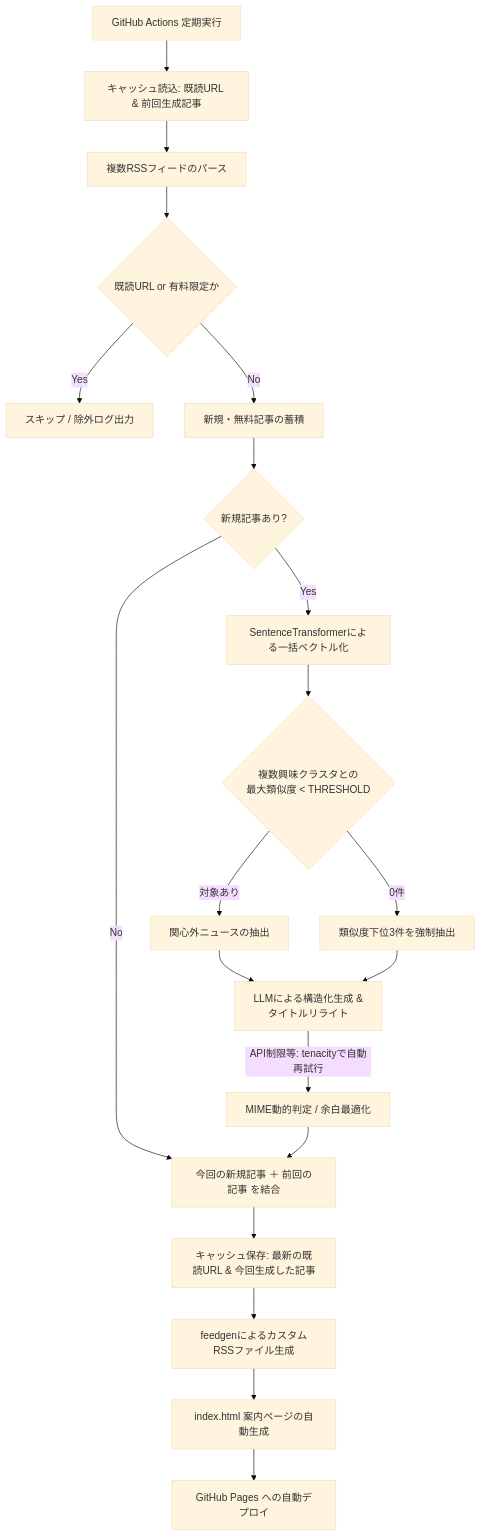
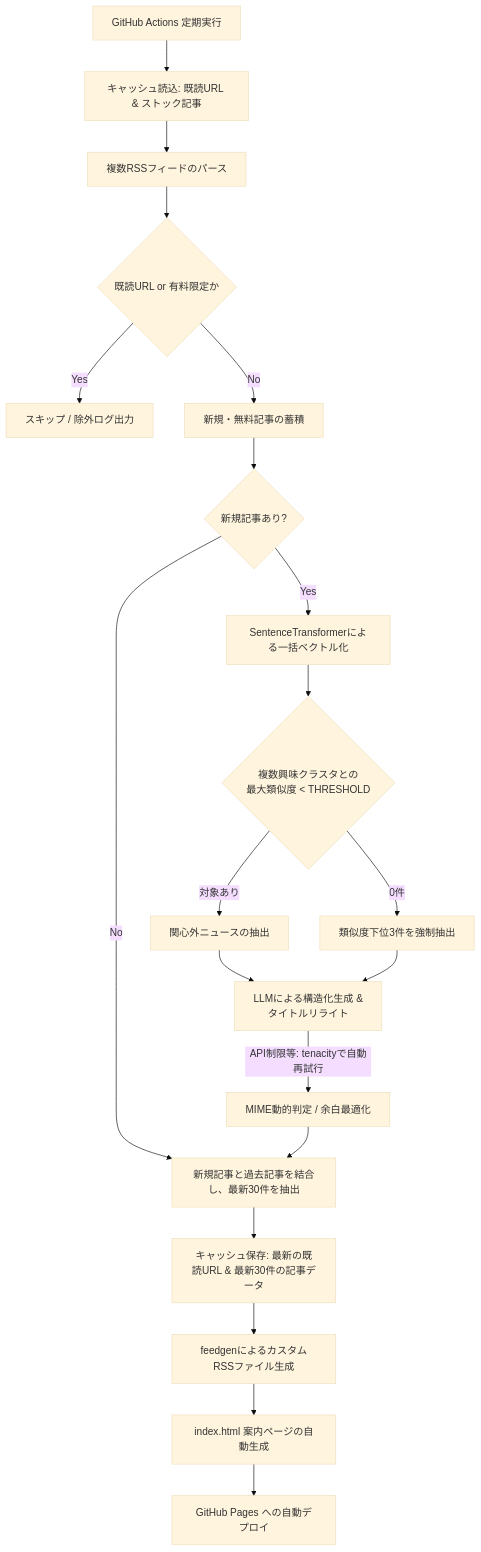
One commit to ph-cookie/rss-sentiment-arbitrage changed the diagram in README.md. Above: the diagram before and after it, drawn with Mermaid (base theme). The commit also changed other lines of this file and 1 other file, not shown here.

````diff
--- a/README.md
+++ b/README.md
@@ -25,26 +25,26 @@
 ```mermaid
 graph TD
-    A[GitHub Actions 定期実行] --> B[キャッシュ読込: 既読URL & 前回生成記事]
+    A[GitHub Actions 定期実行] --> B[キャッシュ読込: 既読URL & ストック記事]
     B --> C[複数RSSフィードのパース]
     C --> D{既読URL or 有料限定か}
     D -- Yes --> E[スキップ / 除外ログ出力]
     D -- No --> F[新規・無料記事の蓄積]
     
     F --> G{新規記事あり?}
     G -- No ---> K
     G -- Yes --> H[SentenceTransformerによる一括ベクトル化]
     
     H --> I{複数興味クラスタとの\n最大類似度 < THRESHOLD}
     I -- 対象あり --> J[関心外ニュースの抽出]
     I -- 0件 --> J2[類似度下位3件を強制抽出]
     
     J --> L[LLMによる構造化生成 & \nタイトルリライト]
     J2 --> L
     L -- "API制限等: tenacityで自動再試行" --> M[MIME動的判定 / 余白最適化]
     
-    M --> K[今回の新規記事 ＋ 前回の記事 を結合]
-    K --> N[キャッシュ保存: 最新の既読URL & 今回生成した記事]
+    M --> K[新規記事と過去記事を結合し、最新30件を抽出]
+    K --> N[キャッシュ保存: 最新の既読URL & 最新30件の記事データ]
     N --> O[feedgenによるカスタムRSSファイル生成]
     O --> Q[index.html 案内ページの自動生成]
     Q --> P[GitHub Pages への自動デプロイ]
 ```
````
